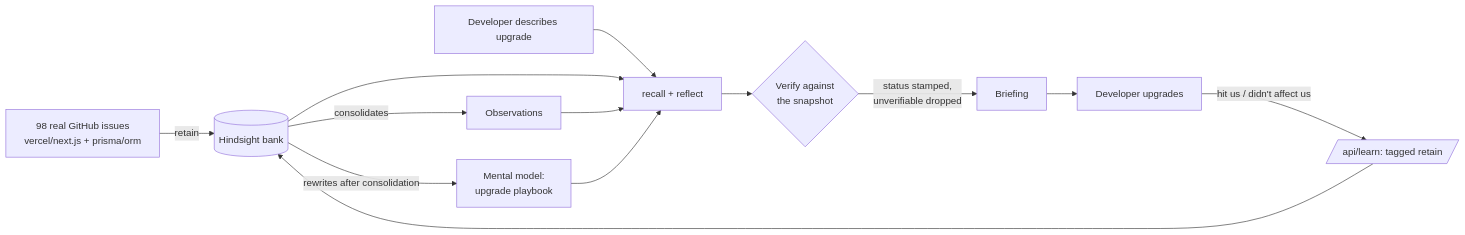
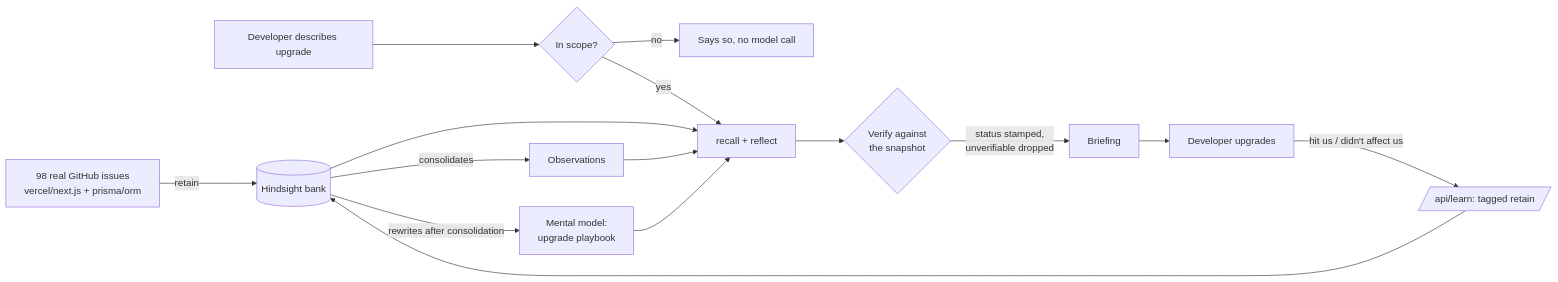
Before and after one commit to ekupekuAI/regression-radar: the diagram in README.md, drawn with Mermaid. The commit also changed other lines of this file and 3 other files, not shown here.

````diff
--- a/README.md
+++ b/README.md
@@ -68,15 +106,17 @@
 ```mermaid
 flowchart LR
     A[98 real GitHub issues<br/>vercel/next.js + prisma/orm] -->|retain| M[(Hindsight bank)]
     M -->|consolidates| O[Observations]
     M -->|rewrites after consolidation| P[Mental model:<br/>upgrade playbook]
-    Q[Developer describes upgrade] --> R[recall + reflect]
+    Q[Developer describes upgrade] --> S{In scope?}
+    S -->|no| N[Says so, no model call]
+    S -->|yes| R[recall + reflect]
     M --> R
     O --> R
     P --> R
     R --> V{Verify against<br/>the snapshot}
     V -->|status stamped,<br/>unverifiable dropped| B[Briefing]
     B --> D[Developer upgrades]
     D -->|hit us / didn't affect us| L[/api/learn: tagged retain/]
     L --> M
 ```
````
